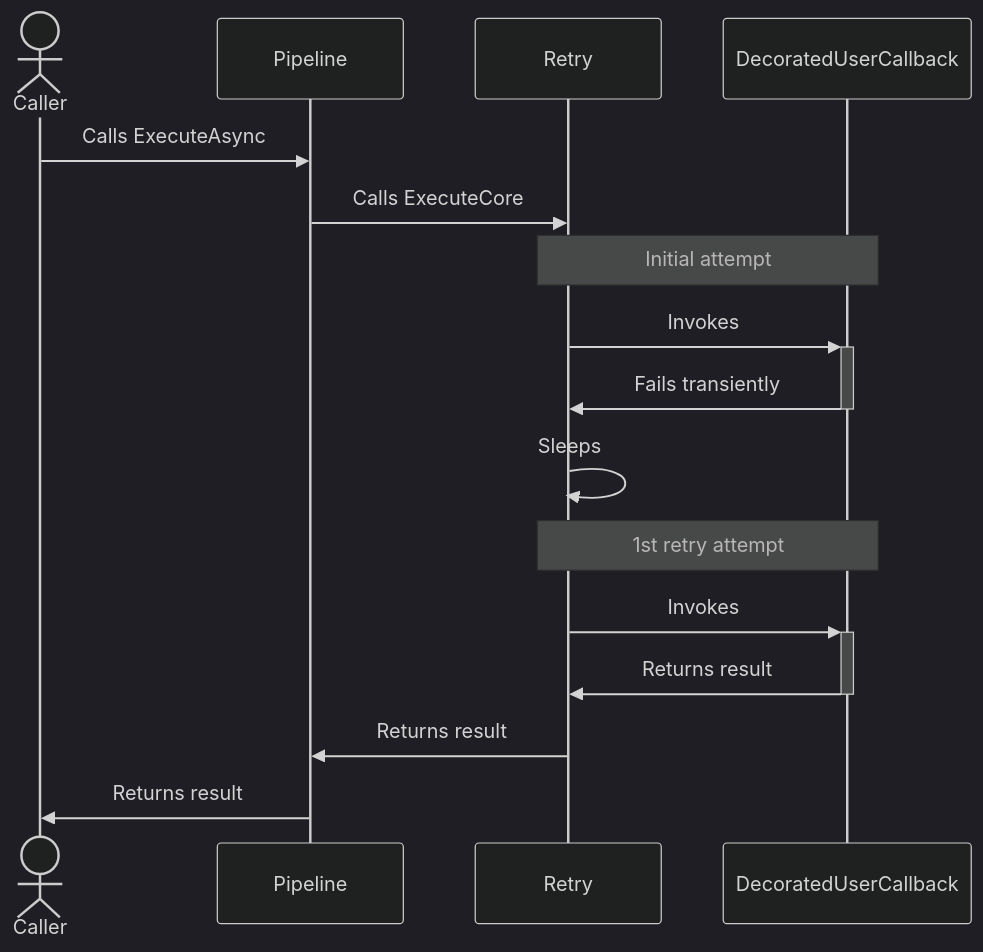
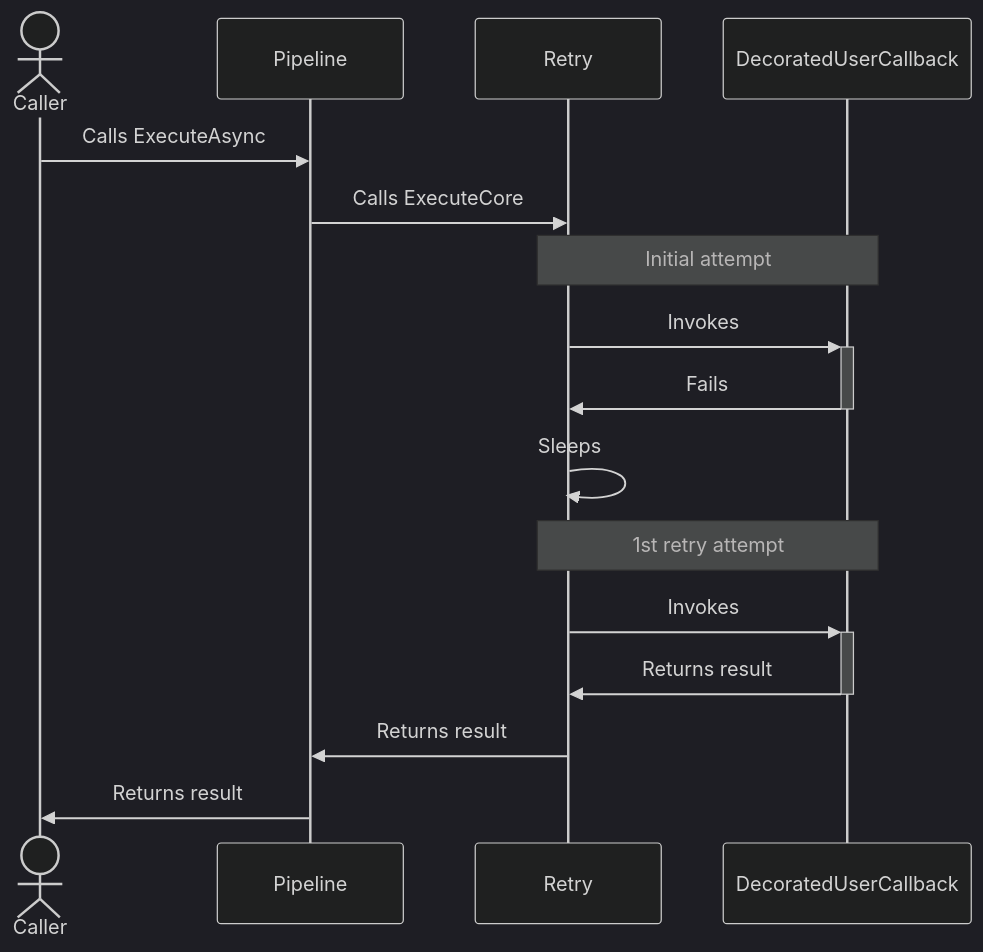
One commit to App-vNext/Polly changed the first of 2 diagrams in docs/strategies/retry.md. Above: the diagram before and after it, drawn with Mermaid. The commit also changed other lines of this file and 2 other files, not shown here.

Commit message:
Adjust mermaid diagrams based on feedbacks

````diff
--- a/docs/strategies/retry.md
+++ b/docs/strategies/retry.md
@@ -113,20 +113,20 @@
 ```mermaid
 %%{init: {'theme':'dark'}}%%
 sequenceDiagram
     actor C as Caller
     participant P as Pipeline
     participant R as Retry
     participant D as DecoratedUserCallback
 
     C->>P: Calls ExecuteAsync
     P->>R: Calls ExecuteCore
     Note over R,D: Initial attempt
     R->>+D: Invokes
-    D->>-R: Fails transiently
+    D->>-R: Fails
     R->>R: Sleeps
     Note over R,D: 1st retry attempt
     R->>+D: Invokes
     D->>-R: Returns result
     R->>P: Returns result
     P->>C: Returns result
 ```
````
